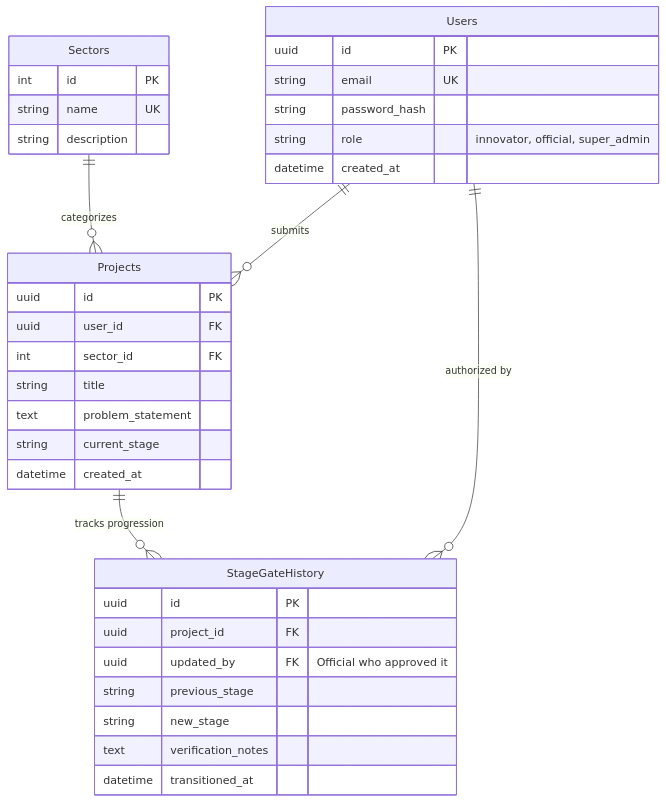
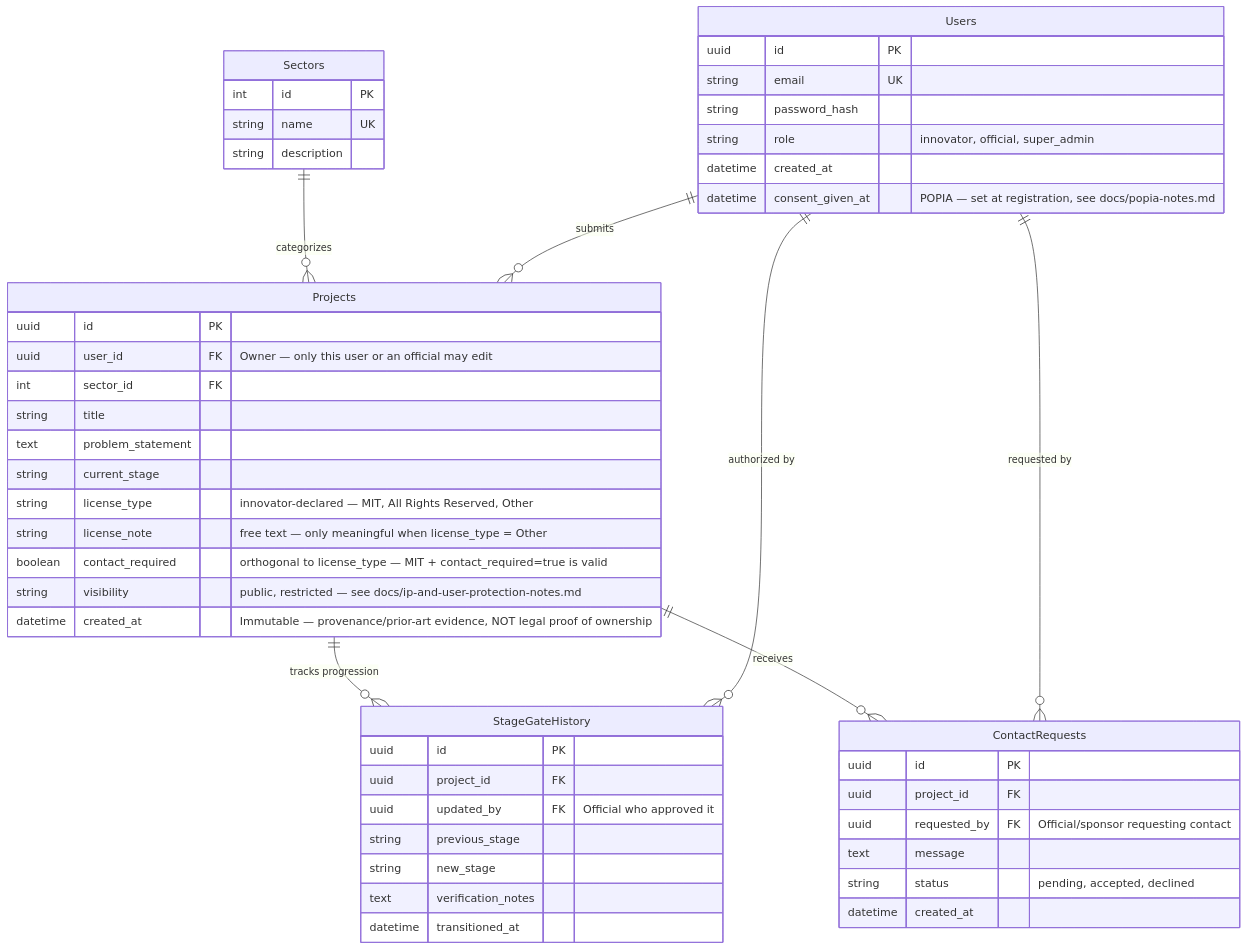
Before and after one commit to Mpilomankazana/SiyaPhambili: the diagram in docs/architecture/erd.md, drawn with Mermaid. The commit also changed 48 other files, not shown here.

````diff
--- a/docs/architecture/erd.md
+++ b/docs/architecture/erd.md
@@ -1,42 +1,58 @@
 ```mermaid
 erDiagram
     Users {
         uuid id PK
         string email UK
         string password_hash
         string role "innovator, official, super_admin"
         datetime created_at
+        datetime consent_given_at "POPIA — set at registration, see docs/popia-notes.md"
     }
   
     Sectors {
         int id PK
         string name UK
         string description
     }
   
     Projects {
         uuid id PK
-        uuid user_id FK
+        uuid user_id FK "Owner — only this user or an official may edit"
         int sector_id FK
         string title
         text problem_statement
         string current_stage
+        string license_type "innovator-declared — MIT, All Rights Reserved, Other"
+        string license_note "free text — only meaningful when license_type = Other"
+        boolean contact_required "orthogonal to license_type — MIT + contact_required=true is valid"
+        string visibility "public, restricted — see docs/ip-and-user-protection-notes.md"
+        datetime created_at "Immutable — provenance/prior-art evidence, NOT legal proof of ownership"
+    }
+
+    ContactRequests {
+        uuid id PK
+        uuid project_id FK
+        uuid requested_by FK "Official/sponsor requesting contact"
+        text message
+        string status "pending, accepted, declined"
         datetime created_at
     }
-  
+
     StageGateHistory {
         uuid id PK
         uuid project_id FK
         uuid updated_by FK "Official who approved it"
         string previous_stage
         string new_stage
         text verification_notes
         datetime transitioned_at
     }
 
     %% Relationships reordered and flipped for a cleaner layout
     Sectors ||--o{ Projects : "categorizes"
     Users ||--o{ Projects : "submits"
     Projects ||--o{ StageGateHistory : "tracks progression"
     StageGateHistory }o--|| Users : "authorized by"
+    Projects ||--o{ ContactRequests : "receives"
+    ContactRequests }o--|| Users : "requested by"
 ```
````
